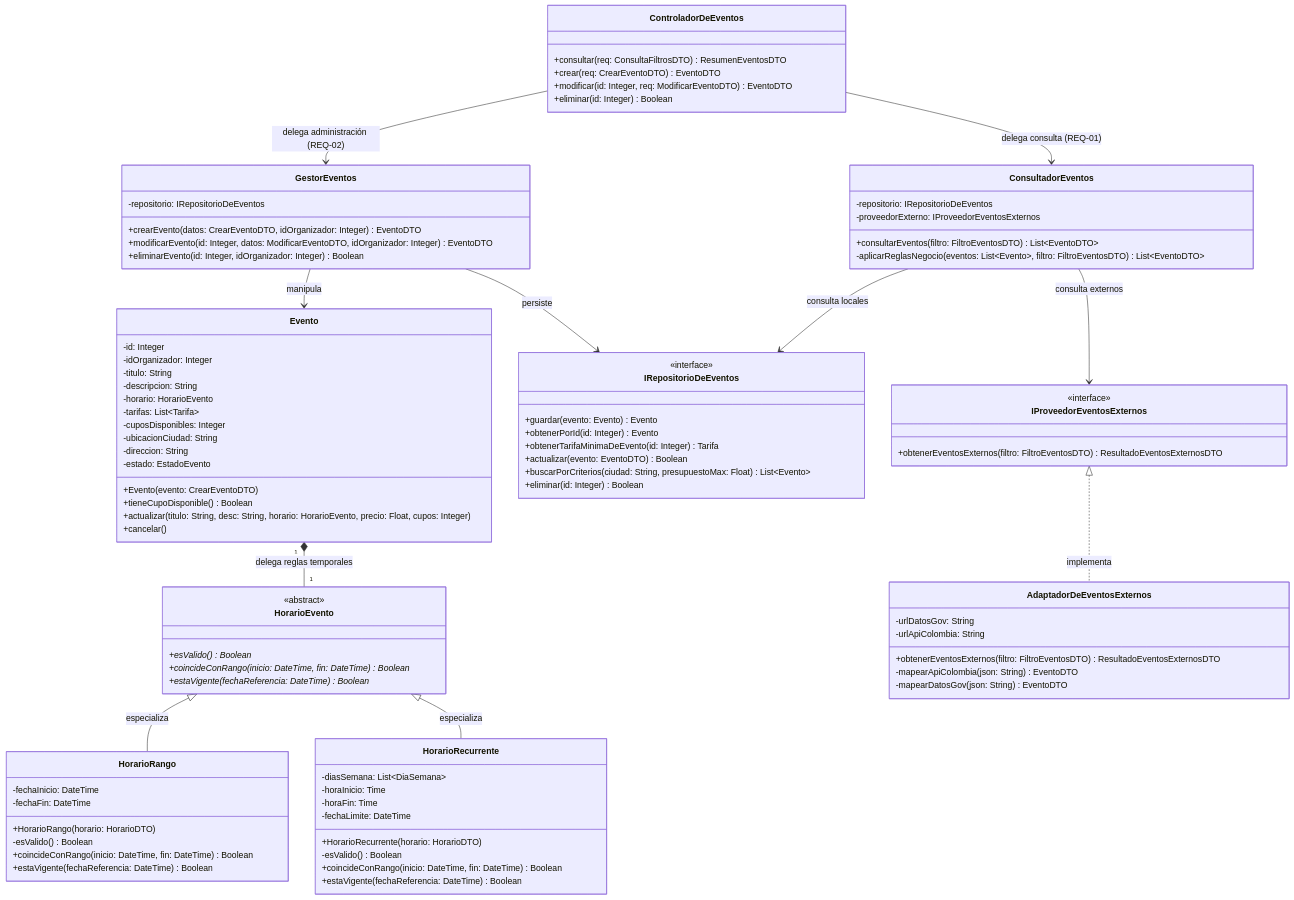
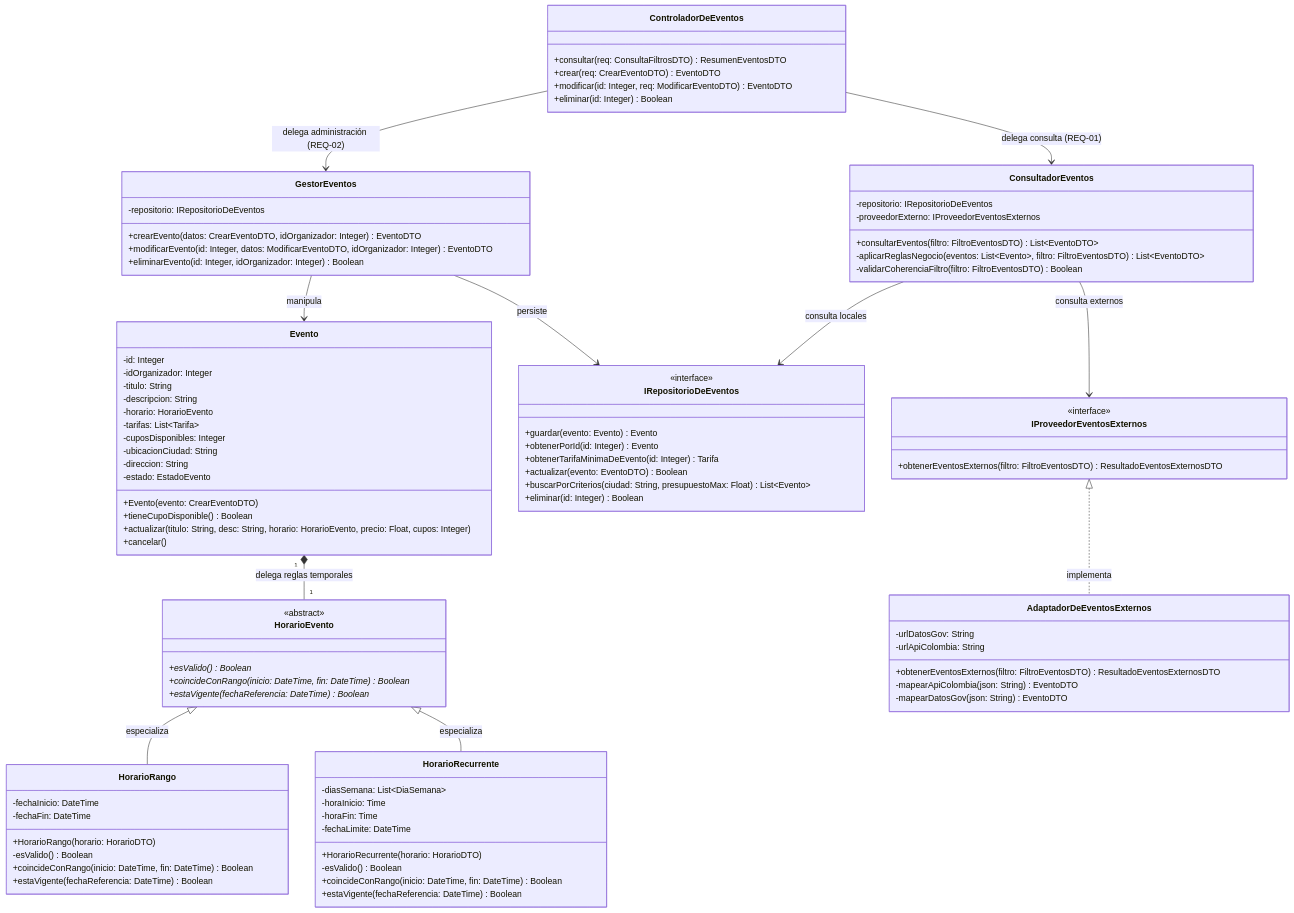
The second of 3 diagrams in Docs/Design/Diseño Arquitectónico detallado 01.md (ProyectPlanning/Sistema_de_eventos), drawn with Mermaid before and after one commit. The commit also changed other lines of this file, not shown here.

```diff
--- a/Docs/Design/Diseño Arquitectónico detallado 01.md
+++ b/Docs/Design/Diseño Arquitectónico detallado 01.md
@@ -151,6 +151,7 @@
         -proveedorExterno: IProveedorEventosExternos
         +consultarEventos(filtro: FiltroEventosDTO) List~EventoDTO~
         -aplicarReglasNegocio(eventos: List~Evento~, filtro: FiltroEventosDTO) List~EventoDTO~
+        -validarCoherenciaFiltro(filtro: FiltroEventosDTO) Boolean
     }
 
     class GestorEventos {
```
